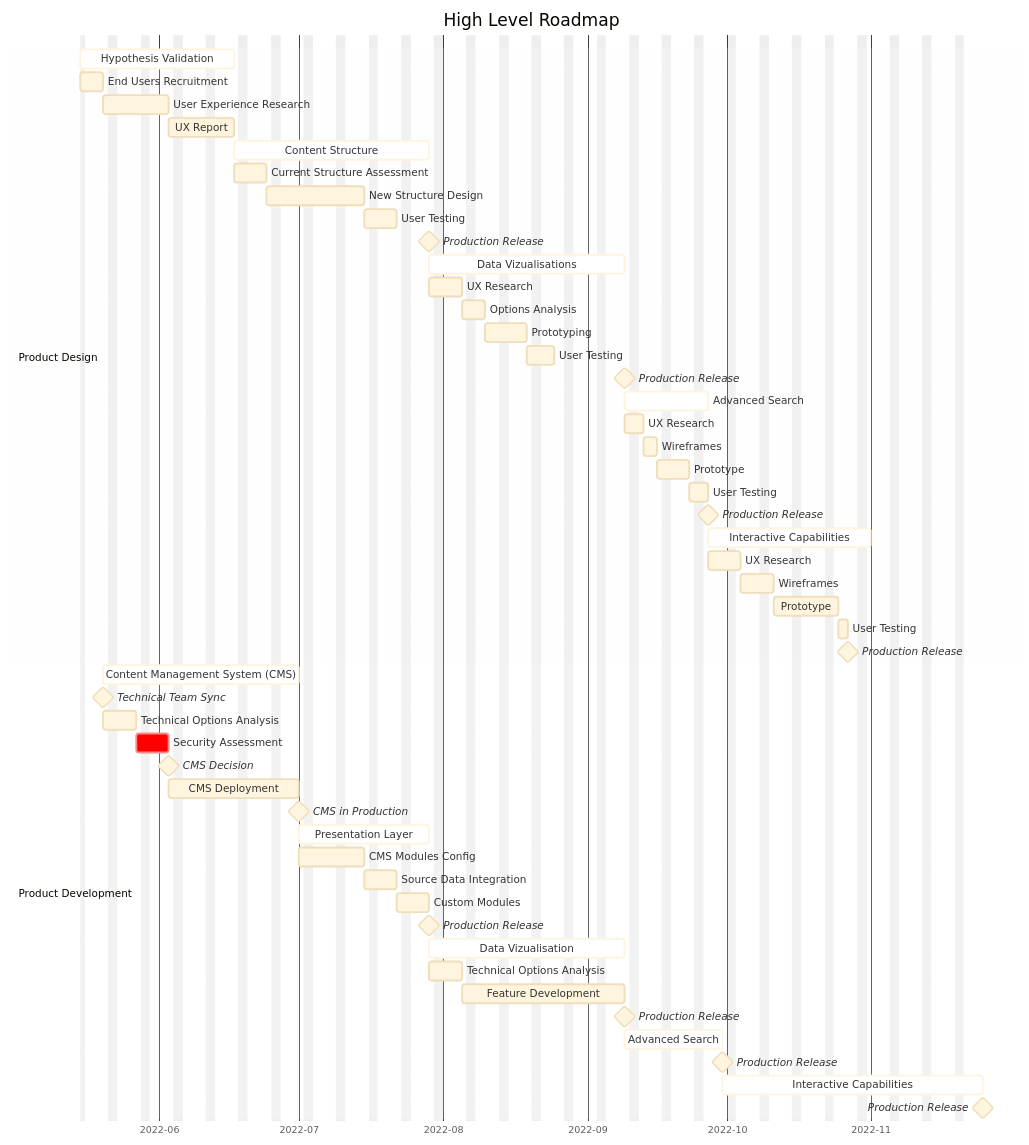
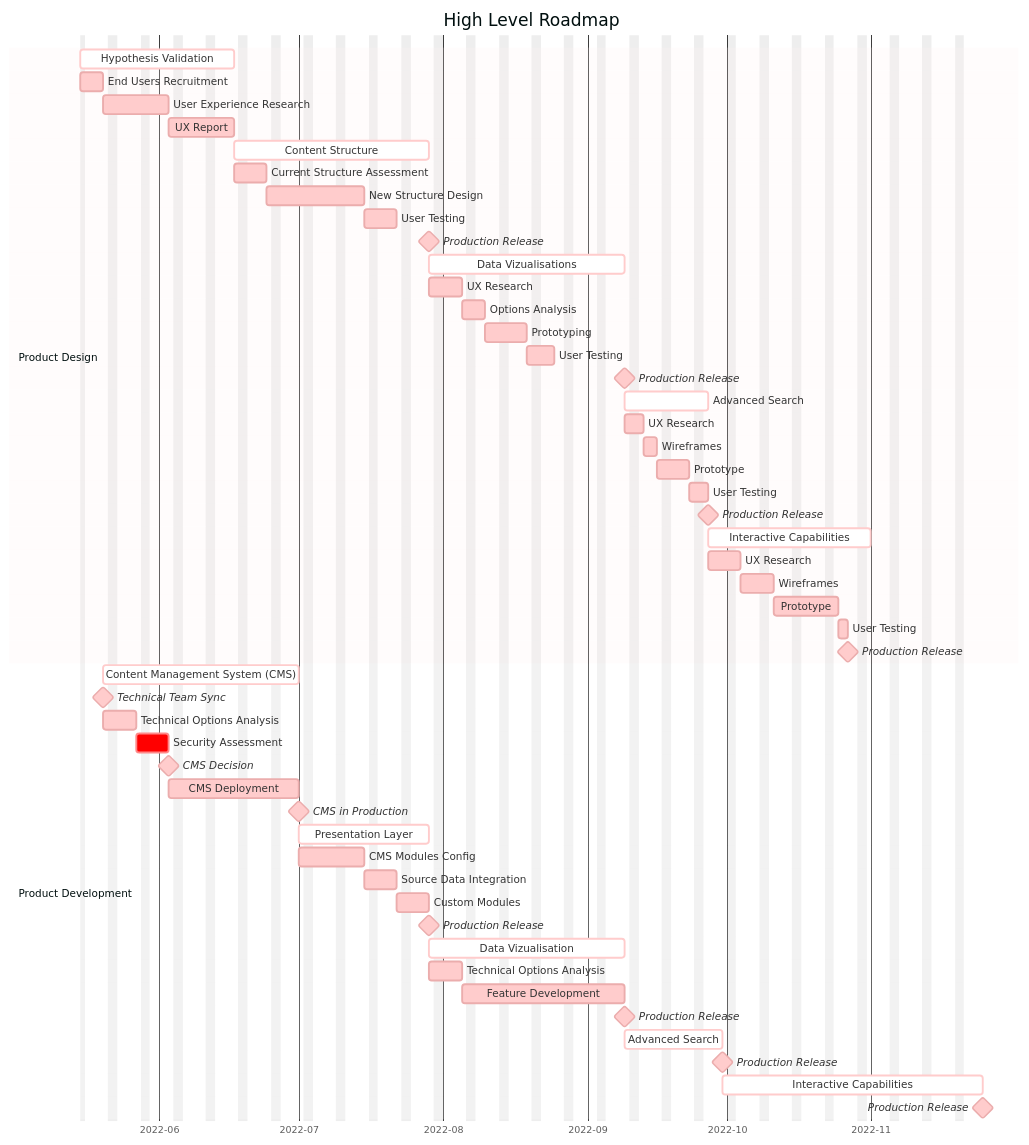
Before and after one commit to cds-snc/consultation-references: the diagram in base-product-roadmap.md, drawn with Mermaid. The commit also changed other lines of this file, not shown here.

Commit message:
Change font size

````diff
--- a/base-product-roadmap.md
+++ b/base-product-roadmap.md
@@ -17,71 +17,71 @@
 ```mermaid
-%%{init: {'theme':'base'}}%%
+%%{init: {'theme': 'base', 'themeVariables': { 'primaryColor': '#ffcccc', 'edgeLabelBackground':'#ffffee', 'tertiaryColor': '#fff0f0', 'fontSize': '20px'}}}%%
 gantt
     title High Level Roadmap
     dateFormat  YYYY-MM-DD
     axisFormat  %Y-%m
     excludes    weekends
 
     section Product Design
 
     Hypothesis Validation               :active,  des1, 2022-05-15, 25d
     End Users Recruitment               :2022-05-15, 5d
     User Experience Research            :10d
     UX Report                           :10d
 
     Content Structure                   :active, des2, after des1,  30d
     Current Structure Assessment        :des2a, after des1, 5d
     New Structure Design                :15d
     User Testing                        :5d
     Production Release                  :milestone, mil1, after des2, 0d
     
     Data Vizualisations             :active, des3, after mil1, 30d
     UX Research                     :after mil1, 5d
     Options Analysis                :3d
     Prototyping                     :7d
     User Testing                    :4d
     Production Release              :milestone, mil2, after des3, 0d
     
     Advanced Search                 :active, des4, after des3, 12d
     UX Research                     :after des3, 2d
     Wireframes                      :3d
     Prototype                       :5d
     User Testing                    :2d
     Production Release              :milestone, 0d
 
     Interactive Capabilities            :active, des5, after des4, 25d
     UX Research                         :after des4, 5d
     Wireframes                          :5d
     Prototype                           :10d
     User Testing                        :2d
     Production Release                  :milestone, 0d
 
 
     section Product Development
 
     Content Management System (CMS) :active, dev1, 2022-05-20, 30d
     Technical Team Sync: milestone, 2022-05-20, 0d
     Technical Options Analysis :2022-05-20, 5d
     Security Assessment          :crit,  5d
     CMS Decision: milestone, 0d
     CMS Deployment      : 20d
     CMS in Production: milestone, 0d
     
     Presentation Layer              :active, dev2, after dev1, 20d
     CMS Modules Config              :after dev1, 10d
     Source Data Integration         :5d
     Custom Modules                  :5d
     Production Release              :milestone, 0d
 
     Data Vizualisation              :active, dev3, after dev2, 30d
     Technical Options Analysis      :after dev2, 5d
     Feature Development             :25d
     Production Release              :milestone, 0d
 
     Advanced Search                 :active, dev4, after dev3, 15d
     Production Release              : milestone, 0d
 
     Interactive Capabilities        :active, dev5, after dev4, 40d
     Production Release              : milestone, 0d
     
 ```
````
